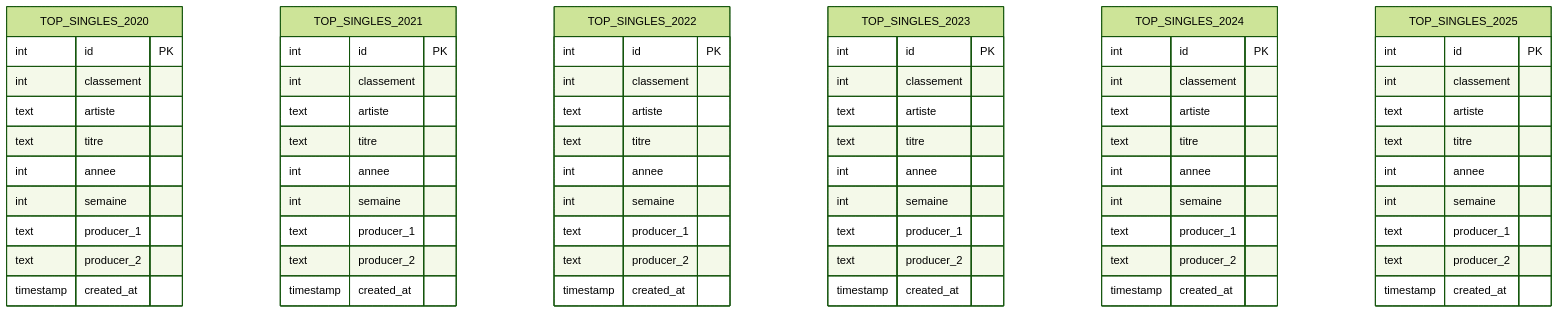
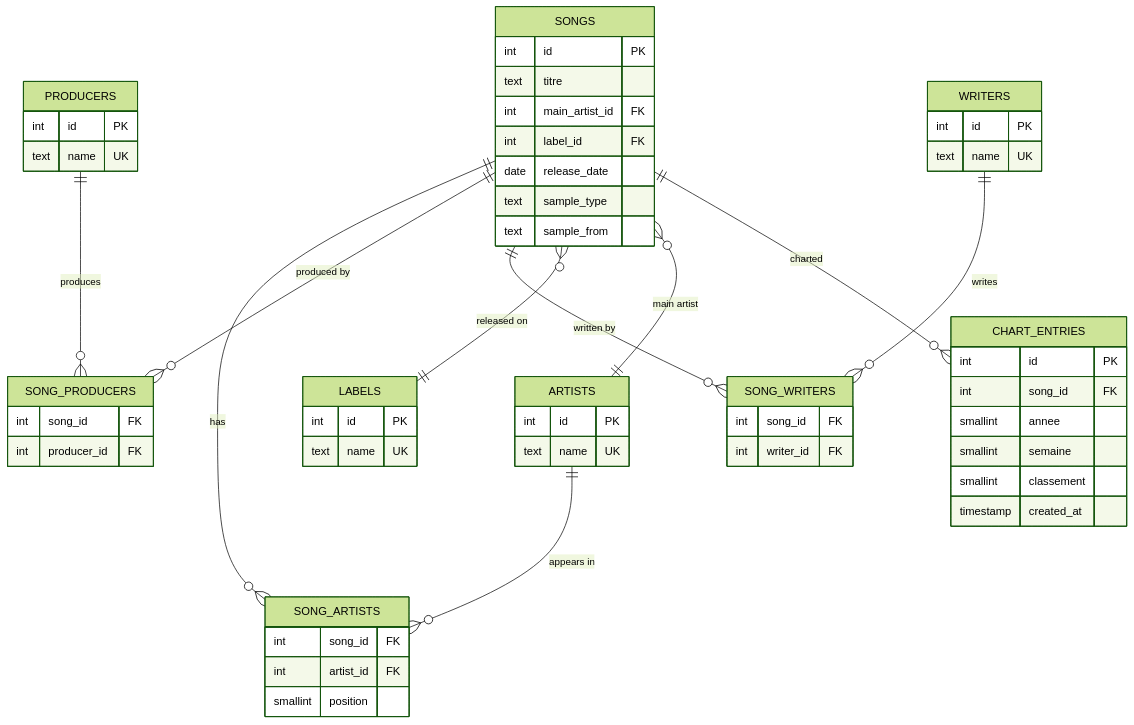
The diagram in database_diagram.md (Camil444/top-single-snep), drawn with Mermaid (forest theme) before and after one commit. The commit also changed other lines of this file and 13 other files, not shown here.

First line of the commit message:
Refactor: Normalize PostgreSQL schema + update all API routes and docs

````diff
--- a/database_diagram.md
+++ b/database_diagram.md
@@ -7,74 +5,67 @@
 ```mermaid
 erDiagram
-    TOP_SINGLES_2020 {
+    LABELS {
         int id PK
-        int classement
-        text artiste
+        text name UK
+    }
+
+    ARTISTS {
+        int id PK
+        text name UK
+    }
+
+    PRODUCERS {
+        int id PK
+        text name UK
+    }
+
+    WRITERS {
+        int id PK
+        text name UK
+    }
+
+    SONGS {
+        int id PK
         text titre
-        int annee
-        int semaine
-        text producer_1
-        text producer_2
+        int main_artist_id FK
+        int label_id FK
+        date release_date
+        text sample_type
+        text sample_from
+    }
+
+    SONG_ARTISTS {
+        int song_id FK
+        int artist_id FK
+        smallint position
+    }
+
+    SONG_PRODUCERS {
+        int song_id FK
+        int producer_id FK
+    }
+
+    SONG_WRITERS {
+        int song_id FK
+        int writer_id FK
+    }
+
+    CHART_ENTRIES {
+        int id PK
+        int song_id FK
+        smallint annee
+        smallint semaine
+        smallint classement
         timestamp created_at
     }
 
-    TOP_SINGLES_2021 {
-        int id PK
-        int classement
-        text artiste
-        text titre
-        int annee
-        int semaine
-        text producer_1
-        text producer_2
-        timestamp created_at
-    }
-
-    TOP_SINGLES_2022 {
-        int id PK
-        int classement
-        text artiste
-        text titre
-        int annee
-        int semaine
-        text producer_1
-        text producer_2
-        timestamp created_at
-    }
-
-    TOP_SINGLES_2023 {
-        int id PK
-        int classement
-        text artiste
-        text titre
-        int annee
-        int semaine
-        text producer_1
-        text producer_2
-        timestamp created_at
-    }
-
-    TOP_SINGLES_2024 {
-        int id PK
-        int classement
-        text artiste
-        text titre
-        int annee
-        int semaine
-        text producer_1
-        text producer_2
-        timestamp created_at
-    }
-
-    TOP_SINGLES_2025 {
-        int id PK
-        int classement
-        text artiste
-        text titre
-        int annee
-        int semaine
-        text producer_1
-        text producer_2
-        timestamp created_at
-    }
+    SONGS ||--o{ SONG_ARTISTS : "has"
+    ARTISTS ||--o{ SONG_ARTISTS : "appears in"
+    SONGS ||--o{ SONG_PRODUCERS : "produced by"
+    PRODUCERS ||--o{ SONG_PRODUCERS : "produces"
+    SONGS ||--o{ SONG_WRITERS : "written by"
+    WRITERS ||--o{ SONG_WRITERS : "writes"
+    SONGS }o--|| LABELS : "released on"
+    SONGS }o--|| ARTISTS : "main artist"
+    SONGS ||--o{ CHART_ENTRIES : "charted"
 ```
````
